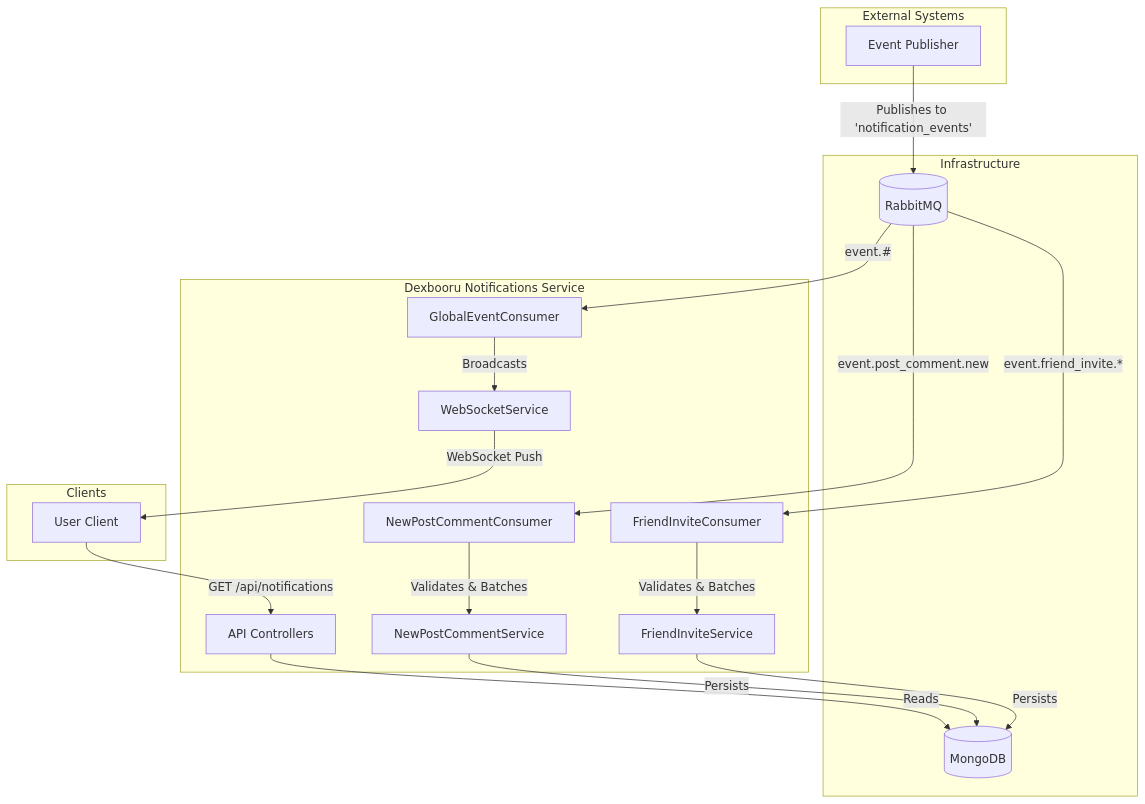
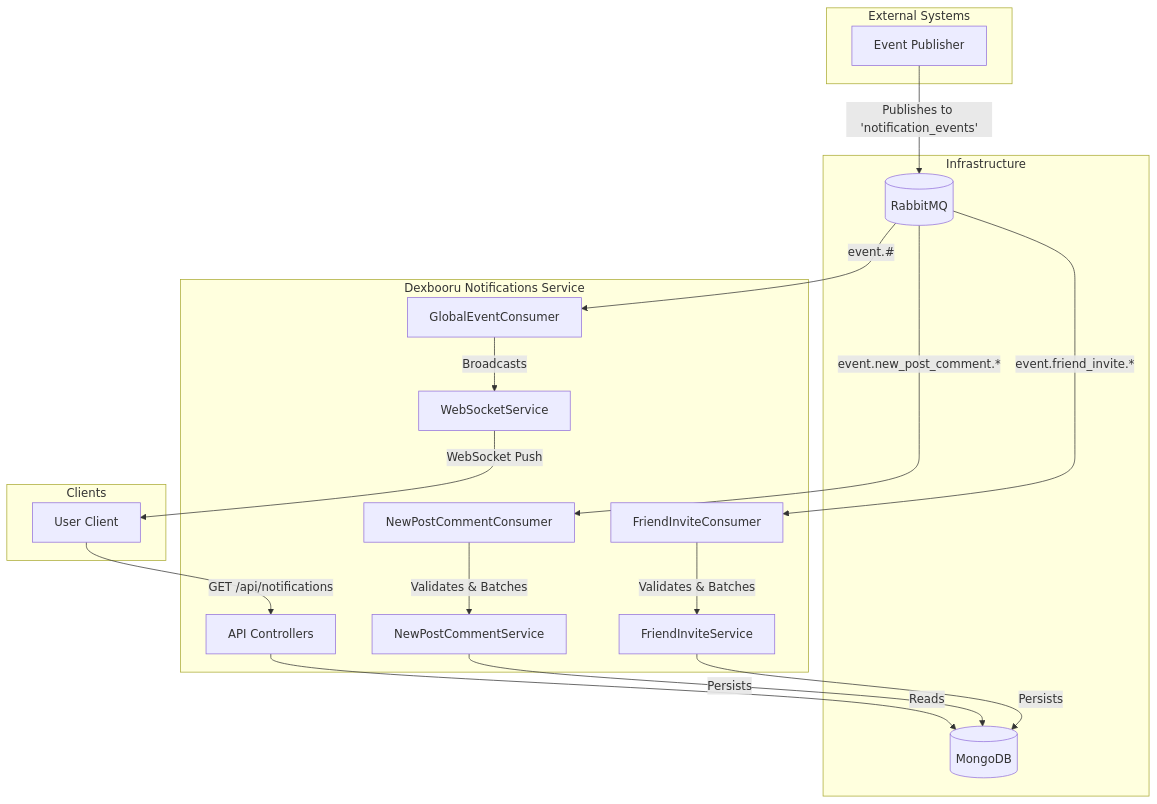
Before and after one commit to Dexbooru/dexbooru-notifications: the diagram in README.md, drawn with Mermaid. The commit also changed other lines of this file and 49 other files, not shown here.

````diff
--- a/README.md
+++ b/README.md
@@ -79,43 +81,43 @@
 ```mermaid
 graph TD
     subgraph "External Systems"
         Publisher[Event Publisher]
     end
 
     subgraph "Infrastructure"
         RMQ[(RabbitMQ)]
         Mongo[(MongoDB)]
     end
 
     subgraph "Dexbooru Notifications Service"
         FIC[FriendInviteConsumer]
         NPCC[NewPostCommentConsumer]
         GEC[GlobalEventConsumer]
         FIS[FriendInviteService]
         NPCS[NewPostCommentService]
         WSS[WebSocketService]
         API[API Controllers]
     end
 
     subgraph "Clients"
         User[User Client]
     end
 
     Publisher -- Publishes to 'notification_events' --> RMQ
-    
+
     RMQ -- "event.friend_invite.*" --> FIC
-    RMQ -- "event.post_comment.new" --> NPCC
+    RMQ -- "event.new_post_comment.*" --> NPCC
     RMQ -- "event.#" --> GEC
 
     FIC -- Validates & Batches --> FIS
     FIS -- Persists --> Mongo
 
     NPCC -- Validates & Batches --> NPCS
     NPCS -- Persists --> Mongo
 
     GEC -- "Broadcasts" --> WSS
     WSS -- "WebSocket Push" --> User
 
     User -- "GET /api/notifications" --> API
     API -- "Reads" --> Mongo
 ```
````
